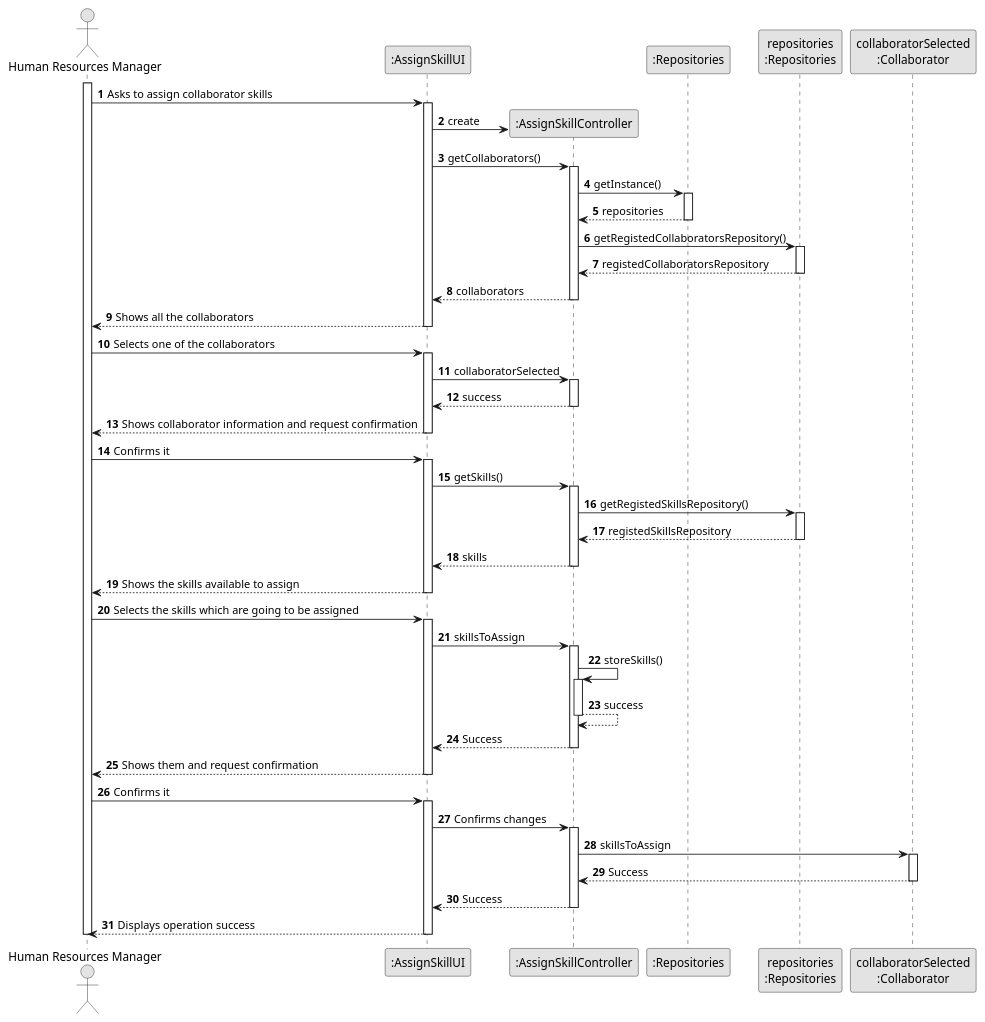
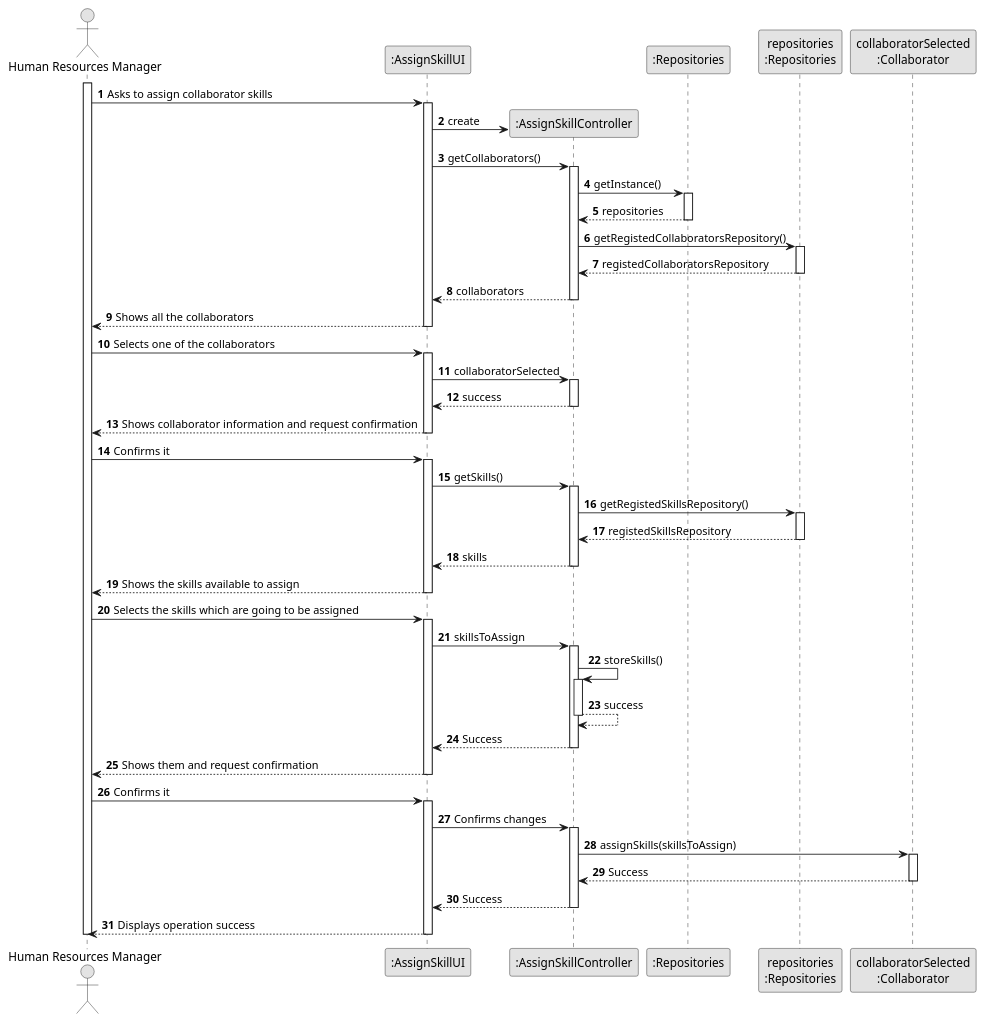
Before and after one commit to 1231360-ISEP/lei-24-s2-1db-g021: the diagram in docs/sprint2/us004/03.design/puml/us004-sequence-diagram-full.puml, drawn with PlantUML.

Commit message:
US004 - Changing the sequence diagram.

```diff
--- a/docs/sprint2/us004/03.design/puml/us004-sequence-diagram-full.puml
+++ b/docs/sprint2/us004/03.design/puml/us004-sequence-diagram-full.puml
@@ -1,113 +1,113 @@
 @startuml
 skinparam monochrome true
 skinparam packageStyle rectangle
 skinparam shadowing false
 
 autonumber
 
 'hide footbox
 actor "Human Resources Manager" as ADM
 participant ":AssignSkillUI" as UI
 participant ":AssignSkillController" as CTRL
 participant ":Repositories" as Repositories
 participant "repositories\n:Repositories" as RepoInstance
 participant "collaboratorSelected\n:Collaborator" as Collaborator
 
 activate ADM
 
         ADM -> UI : Asks to assign collaborator skills
 
         activate UI
             UI -> CTRL** : create
             UI -> CTRL : getCollaborators()
 
             activate CTRL
 
                 CTRL -> Repositories : getInstance()
                 activate Repositories
                     Repositories --> CTRL : repositories
                 deactivate Repositories
 
                 CTRL -> RepoInstance : getRegistedCollaboratorsRepository()
 
                 activate RepoInstance
                     RepoInstance --> CTRL : registedCollaboratorsRepository
                 deactivate RepoInstance
 
                 CTRL --> UI : collaborators
             deactivate CTRL
 
             UI --> ADM : Shows all the collaborators
         deactivate UI
 
         ADM -> UI : Selects one of the collaborators
 
         activate UI
 
             UI -> CTRL : collaboratorSelected
 
             activate CTRL
                 CTRL --> UI : success
             deactivate CTRL
 
             UI --> ADM : Shows collaborator information and request confirmation
         deactivate UI
 
         ADM -> UI : Confirms it
 
         activate UI
             UI -> CTRL : getSkills()
 
             activate CTRL
 
                 CTRL -> RepoInstance : getRegistedSkillsRepository()
 
                 activate RepoInstance
                     RepoInstance --> CTRL : registedSkillsRepository
                 deactivate RepoInstance
 
                 CTRL --> UI : skills
             deactivate CTRL
 
             UI --> ADM : Shows the skills available to assign
         deactivate UI
 
         ADM -> UI : Selects the skills which are going to be assigned
 
         activate UI
             UI -> CTRL : skillsToAssign
 
             activate CTRL
                 CTRL -> CTRL : storeSkills()
 
                 activate CTRL
                     CTRL --> CTRL : success
                 deactivate CTRL
 
                 CTRL --> UI : Success
             deactivate CTRL
 
             UI --> ADM : Shows them and request confirmation
         deactivate UI
 
         ADM -> UI : Confirms it
 
         activate UI
             UI -> CTRL : Confirms changes
             
             activate CTRL
-                CTRL -> Collaborator : skillsToAssign
+                CTRL -> Collaborator : assignSkills(skillsToAssign)
 
                 activate Collaborator
                     Collaborator --> CTRL : Success
                 deactivate Collaborator
 
                 CTRL --> UI : Success
             deactivate CTRL
 
             UI --> ADM : Displays operation success
         deactivate UI
 
 deactivate ADM
 
 @enduml
```
